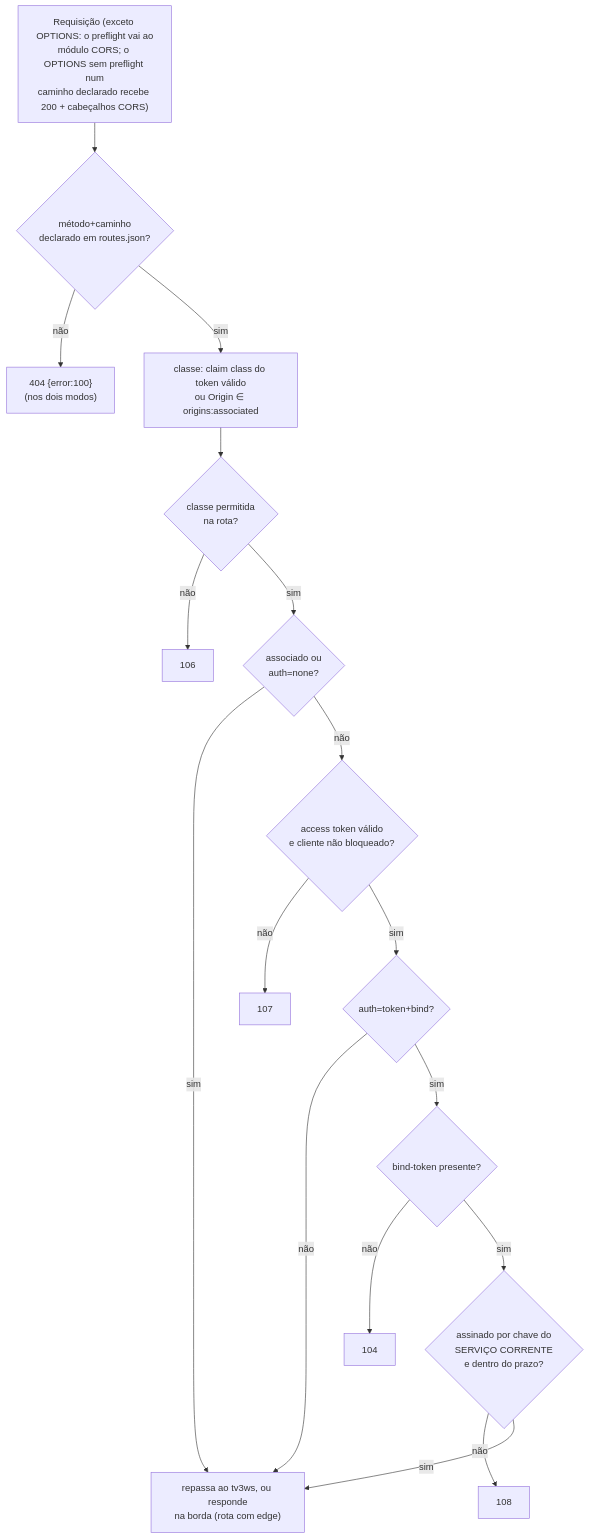
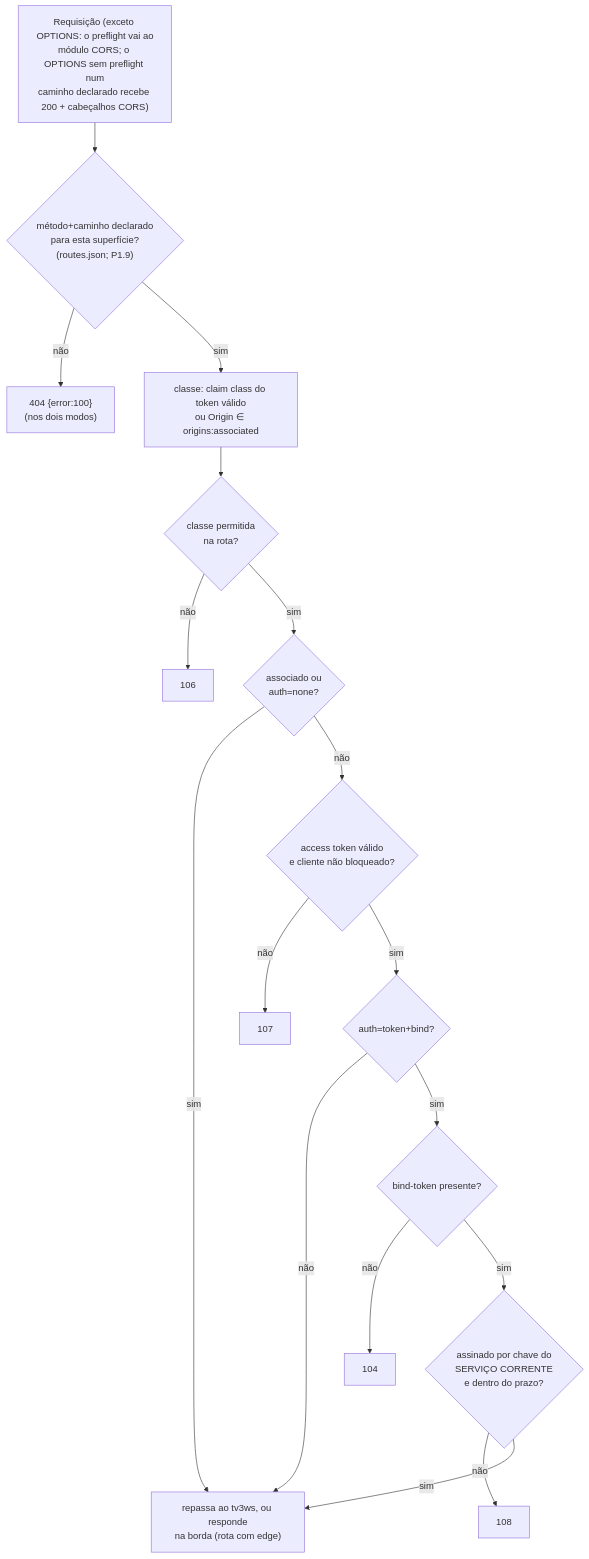
The second of 3 diagrams in docs/05-autenticacao.md (multisens/Infra), drawn with Mermaid before and after one commit. The commit also changed other lines of this file and 3 other files, not shown here.

````diff
--- a/docs/05-autenticacao.md
+++ b/docs/05-autenticacao.md
@@ -108,19 +108,19 @@
 ```mermaid
 flowchart TD
-    R["Requisição (exceto OPTIONS: o preflight vai ao<br/>módulo CORS; o OPTIONS sem preflight num<br/>caminho declarado recebe 200 + cabeçalhos CORS)"] --> M{"método+caminho<br/>declarado em routes.json?"}
+    R["Requisição (exceto OPTIONS: o preflight vai ao<br/>módulo CORS; o OPTIONS sem preflight num<br/>caminho declarado recebe 200 + cabeçalhos CORS)"] --> M{"método+caminho declarado<br/>para esta superfície?<br/>(routes.json; P1.9)"}
     M -->|não| E100["404 {error:100}<br/>(nos dois modos)"]
     M -->|sim| CL["classe: claim class do token válido<br/>ou Origin ∈ origins:associated"]
     CL --> K{"classe permitida<br/>na rota?"}
     K -->|não| E106["106"]
     K -->|sim| A{"associado ou<br/>auth=none?"}
     A -->|sim| OK["repassa ao tv3ws, ou responde<br/>na borda (rota com edge)"]
     A -->|não| T{"access token válido<br/>e cliente não bloqueado?"}
     T -->|não| E107["107"]
     T -->|sim| B{"auth=token+bind?"}
     B -->|não| OK
     B -->|sim| BT{"bind-token presente?"}
     BT -->|não| E104["104"]
     BT -->|sim| BV{"assinado por chave do<br/>SERVIÇO CORRENTE<br/>e dentro do prazo?"}
     BV -->|não| E108["108"]
     BV -->|sim| OK
 ```
````
